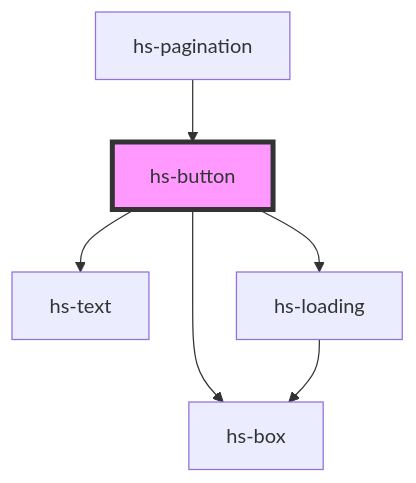
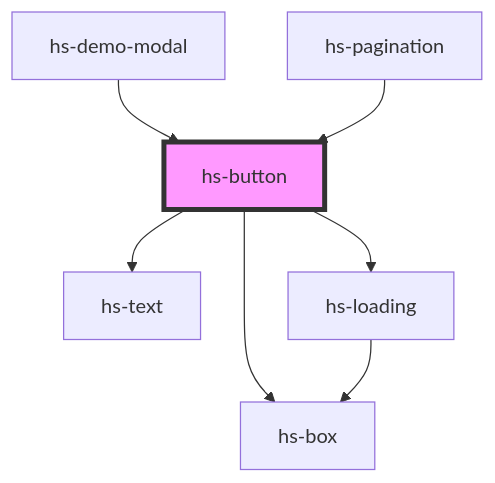
Before and after one commit to dimka3553/hs-design-system: the diagram in src/components/hs-button/readme.md, drawn with Mermaid. The commit also changed other lines of this file and 17 other files, not shown here.

````diff
--- a/src/components/hs-button/readme.md
+++ b/src/components/hs-button/readme.md
@@ -40,9 +41,10 @@
 ```mermaid
 graph TD;
   hs-button --> hs-box
   hs-button --> hs-text
   hs-button --> hs-loading
   hs-loading --> hs-box
+  hs-demo-modal --> hs-button
   hs-pagination --> hs-button
   style hs-button fill:#f9f,stroke:#333,stroke-width:4px
 ```
````
